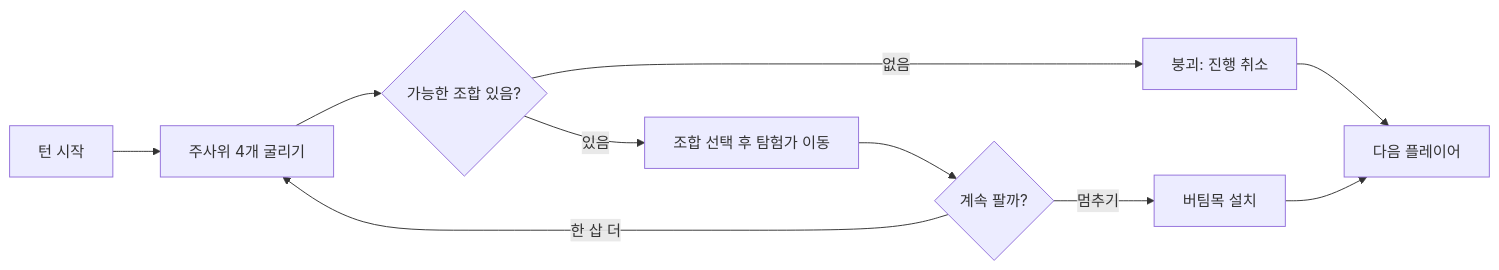
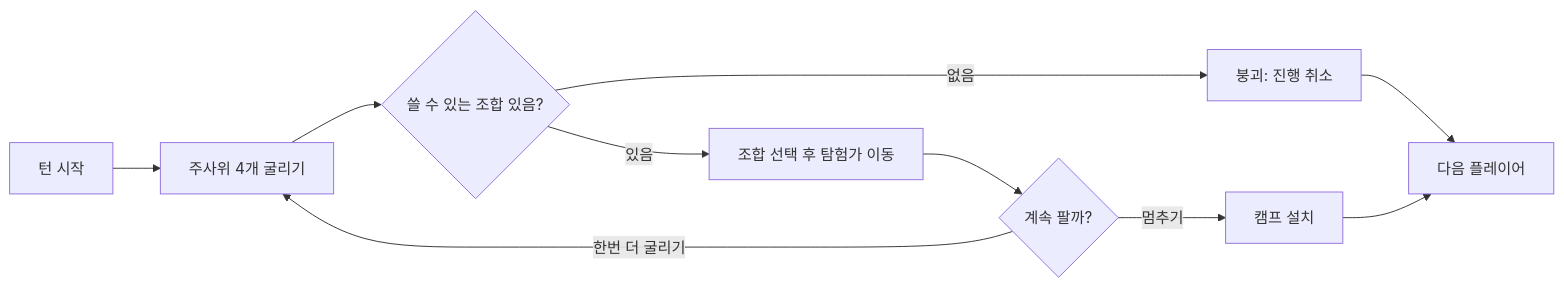
One commit to LSe-Yeong/playground changed the second of 2 diagrams in docs/planning/planning.md. Above: the diagram before and after it, drawn with Mermaid. The commit also changed other lines of this file and 2 other files, not shown here.

````diff
--- a/docs/planning/planning.md
+++ b/docs/planning/planning.md
@@ -60,12 +162,12 @@
 ```mermaid
 flowchart LR
   A[턴 시작] --> B[주사위 4개 굴리기]
-  B --> C{가능한 조합 있음?}
+  B --> C{쓸 수 있는 조합 있음?}
   C -- 없음 --> D[붕괴: 진행 취소]
   C -- 있음 --> E[조합 선택 후 탐험가 이동]
   E --> F{계속 팔까?}
-  F -- 한 삽 더 --> B
-  F -- 멈추기 --> G[버팀목 설치]
+  F -- 한번 더 굴리기 --> B
+  F -- 멈추기 --> G[캠프 설치]
   D --> H[다음 플레이어]
   G --> H
 ```
````
